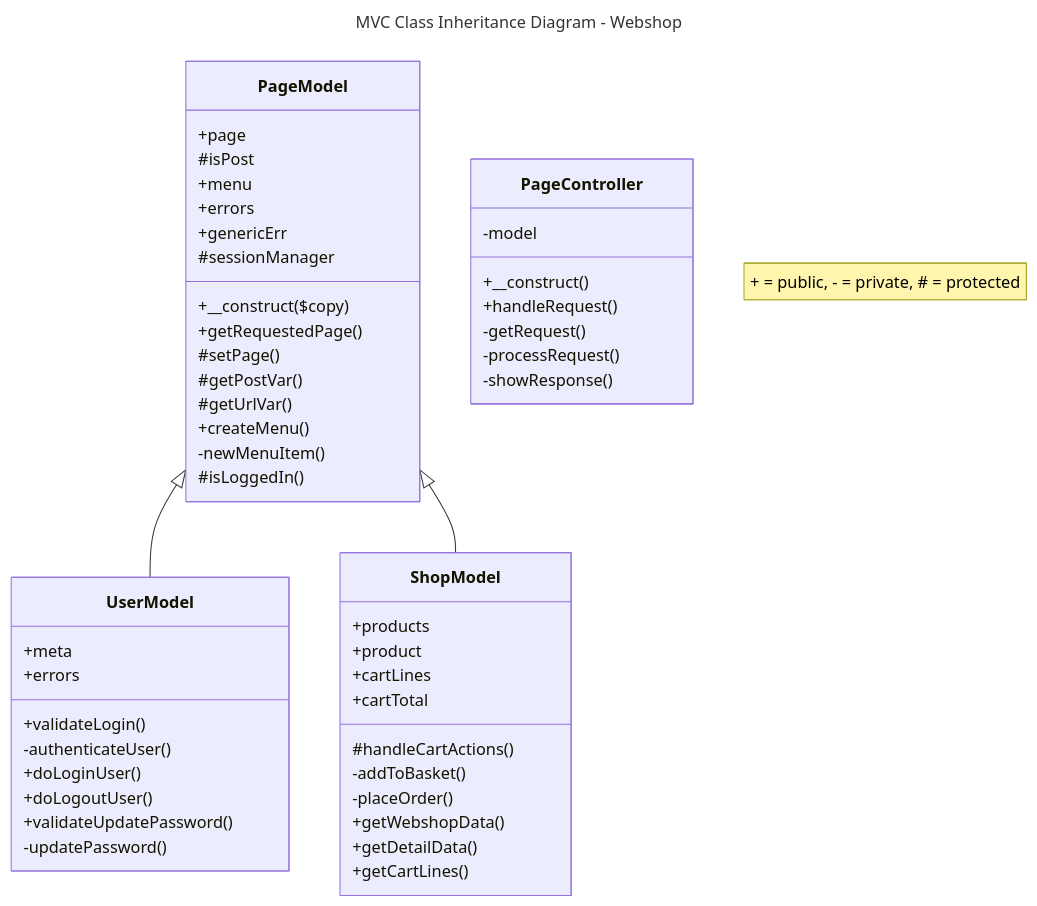
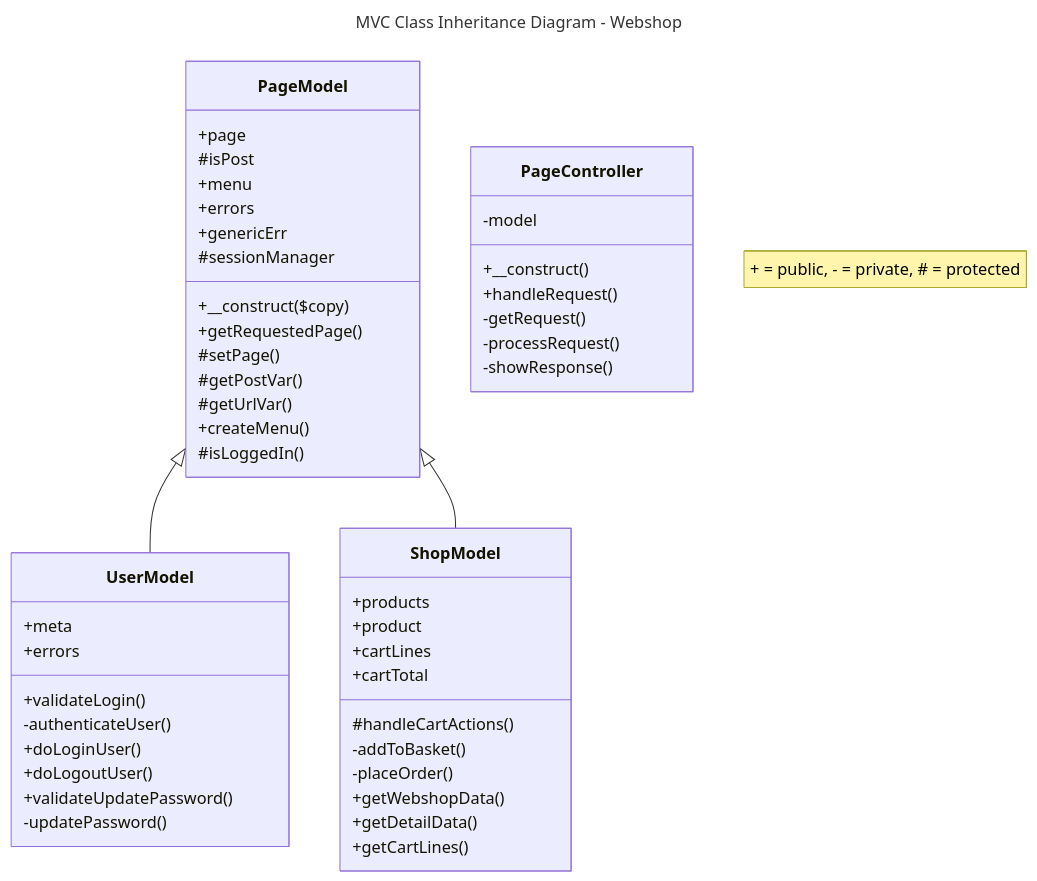
Before and after one commit to JeroenHeemskerk/educom-webshop-oop-1708595373: the diagram in Diagrams/MVC diagrams.md, drawn with Mermaid.

Commit message:
Update MVC diagrams.md

````diff
--- a/Diagrams/MVC diagrams.md
+++ b/Diagrams/MVC diagrams.md
@@ -1,62 +1,61 @@
 ```mermaid
 ---
 title: MVC Class Inheritance Diagram - Webshop
 ---
 classDiagram
     note "+ = public, - = private, # = protected"
     %% A <|-- B means that class B inherits from class A %%
     PageModel <|-- UserModel
     PageModel <|-- ShopModel
 
     class PageController{
       -model
       +__construct()
       +handleRequest()
       -getRequest()
       -processRequest()
       -showResponse()
     }
 
     class PageModel{
       +page
       #isPost
       +menu
       +errors
       +genericErr
       #sessionManager
       +__construct($copy)
       +getRequestedPage()
       #setPage()
       #getPostVar()
       #getUrlVar()
       +createMenu()
-      -newMenuItem()
       #isLoggedIn()
     }
 
     class UserModel{
     +meta
     +errors
     +validateLogin()
     -authenticateUser()
     +doLoginUser()
     +doLogoutUser()
     +validateUpdatePassword()
     -updatePassword()
     }
 
     class ShopModel{
     +products
     +product
     +cartLines
     +cartTotal
     #handleCartActions()
     -addToBasket()
     -placeOrder()
     +getWebshopData()
     +getDetailData()
     +getCartLines()
     }
 
 
 ```
````
